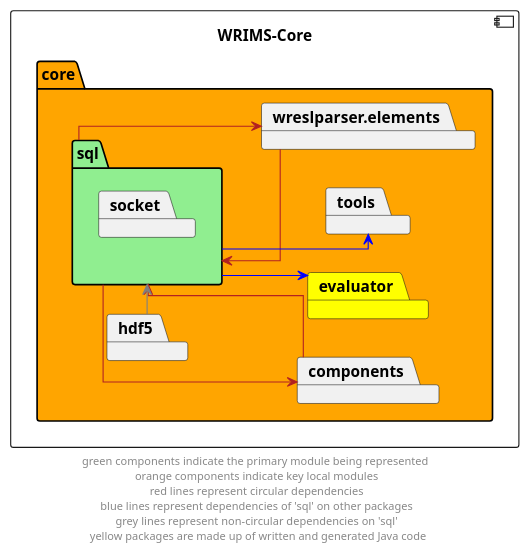
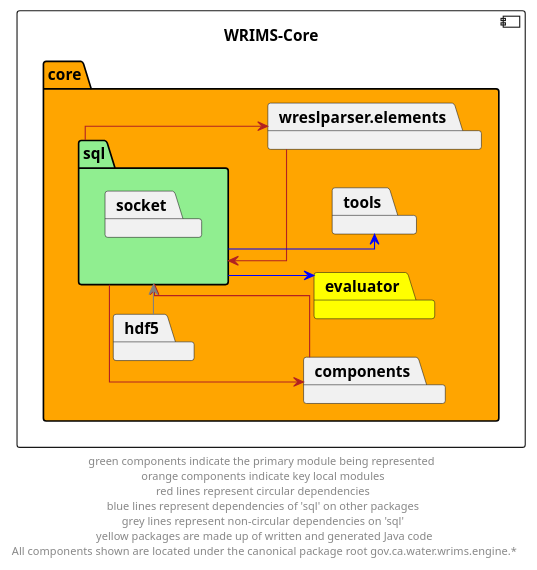
Before and after one commit to CentralValleyModeling/wrims-engine: the diagram in docs/diagrams/wrims-core/wrims-core_sql.puml, drawn with PlantUML. The commit also changed 34 other files, not shown here.

Commit message:
Added missing canonical tld path references to diagrams

```diff
--- a/docs/diagrams/wrims-core/wrims-core_sql.puml
+++ b/docs/diagrams/wrims-core/wrims-core_sql.puml
@@ -1,31 +1,31 @@
 @startuml
 left to right direction
 skinparam linetype ortho
 
 component wrims_core as "WRIMS-Core" {
     package core #orange {
         package sql #lightgreen{
             package socket
         }
         package components
         package evaluator #yellow
         package hdf5
         package tools
         package wreslparser.elements
 }
 
 sql -->  components #firebrick
 components --> sql #firebrick
 sql -->  wreslparser.elements #firebrick
 wreslparser.elements --> sql #firebrick
 
 sql -->  evaluator #blue
 sql --> tools #blue
 
 hdf5 -l-> sql #grey
 
 ' The following relationships are hidden and used to format the diagram. They do not represent actual dependencies.
 'debug -r[hidden]-> evaluator
 
-footer "green components indicate the primary module being represented \n orange components indicate key local modules \n red lines represent circular dependencies \n blue lines represent dependencies of 'sql' on other packages \n grey lines represent non-circular dependencies on 'sql' \n yellow packages are made up of written and generated Java code"
+footer "green components indicate the primary module being represented \n orange components indicate key local modules \n red lines represent circular dependencies \n blue lines represent dependencies of 'sql' on other packages \n grey lines represent non-circular dependencies on 'sql' \n yellow packages are made up of written and generated Java code\n All components shown are located under the canonical package root gov.ca.water.wrims.engine.*"
 @enduml
```
